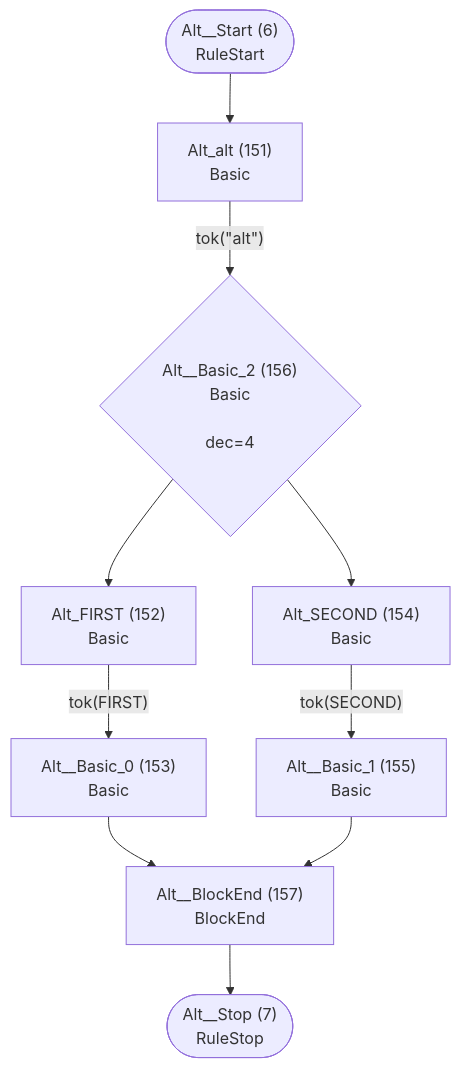
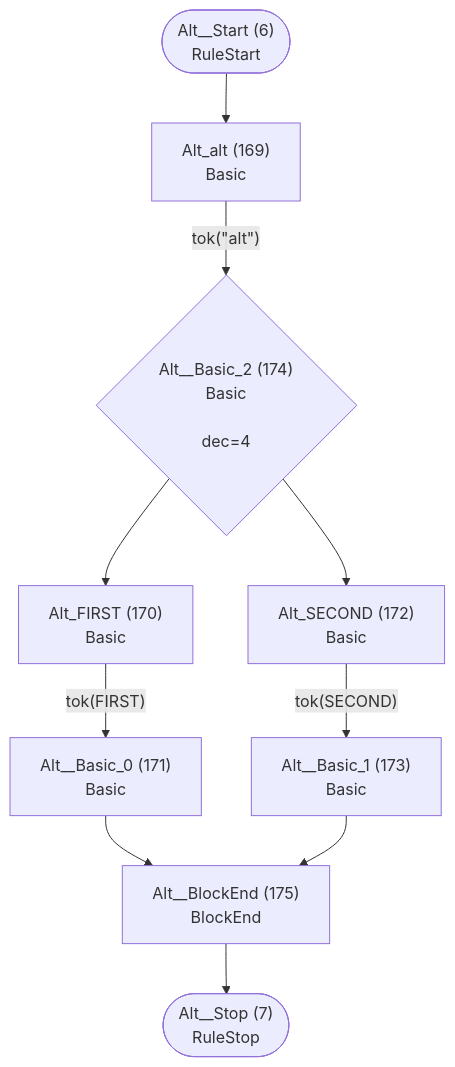
Before and after one commit to TypeFox/fastbelt: the fourth of 46 diagrams in internal/languages/completion/atn.md, drawn with Mermaid. The commit also changed other lines of this file and 41 other files, not shown here.

````diff
--- a/internal/languages/completion/atn.md
+++ b/internal/languages/completion/atn.md
@@ -200,22 +220,22 @@
 ```mermaid
 flowchart TD
     q6(["Alt__Start (6)<br/>RuleStart"])
     q7(["Alt__Stop (7)<br/>RuleStop"])
-    q151["Alt_alt (151)<br/>Basic<br/>"]
-    q152["Alt_FIRST (152)<br/>Basic<br/>"]
-    q153["Alt__Basic_0 (153)<br/>Basic<br/>"]
-    q154["Alt_SECOND (154)<br/>Basic<br/>"]
-    q155["Alt__Basic_1 (155)<br/>Basic<br/>"]
-    q156{"Alt__Basic_2 (156)<br/>Basic<br/><br/>dec=4"}
-    q157["Alt__BlockEnd (157)<br/>BlockEnd<br/>"]
+    q169["Alt_alt (169)<br/>Basic<br/>"]
+    q170["Alt_FIRST (170)<br/>Basic<br/>"]
+    q171["Alt__Basic_0 (171)<br/>Basic<br/>"]
+    q172["Alt_SECOND (172)<br/>Basic<br/>"]
+    q173["Alt__Basic_1 (173)<br/>Basic<br/>"]
+    q174{"Alt__Basic_2 (174)<br/>Basic<br/><br/>dec=4"}
+    q175["Alt__BlockEnd (175)<br/>BlockEnd<br/>"]
 
-    q6 --> q151
-    q151 -->|"tok(&quot;alt&quot;)"| q156
-    q152 -->|"tok(FIRST)"| q153
-    q153 --> q157
-    q154 -->|"tok(SECOND)"| q155
-    q155 --> q157
-    q156 --> q152
-    q156 --> q154
-    q157 --> q7
+    q6 --> q169
+    q169 -->|"tok(&quot;alt&quot;)"| q174
+    q170 -->|"tok(FIRST)"| q171
+    q171 --> q175
+    q172 -->|"tok(SECOND)"| q173
+    q173 --> q175
+    q174 --> q170
+    q174 --> q172
+    q175 --> q7
 ```
````
